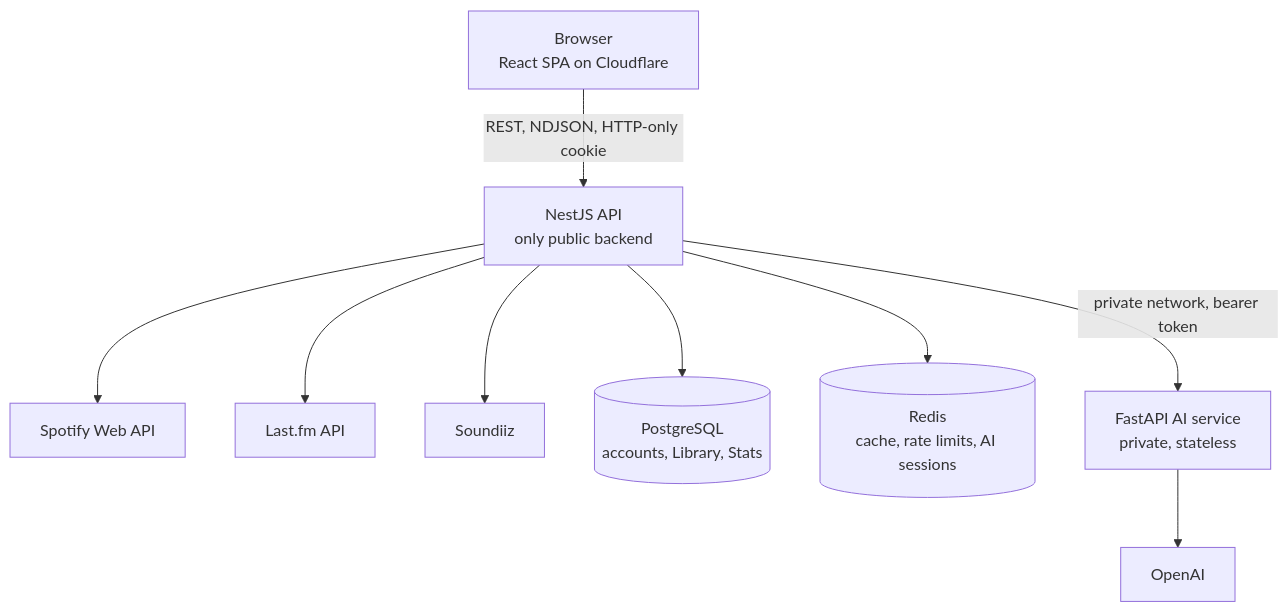
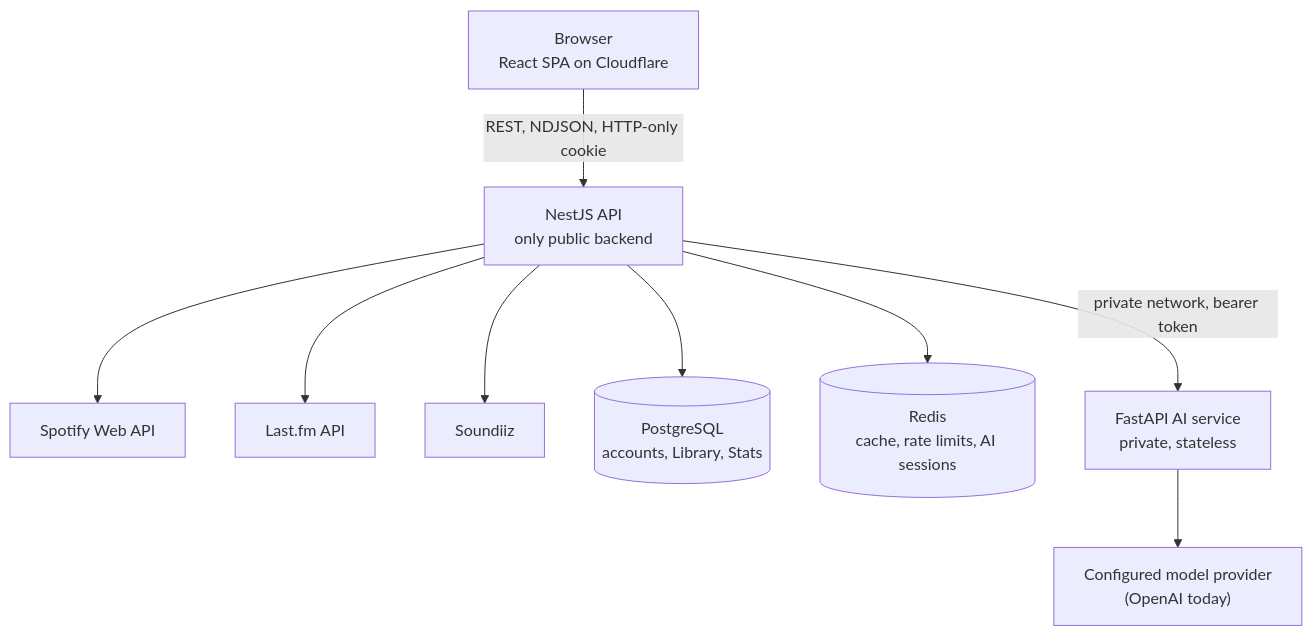
One commit to camilasabino/Blendify changed the diagram in README.md. Above: the diagram before and after it, drawn with Mermaid. The commit also changed other lines of this file and 26 other files, not shown here.

````diff
--- a/README.md
+++ b/README.md
@@ -88,11 +88,11 @@
 ```mermaid
 flowchart TD
     Browser["Browser<br/>React SPA on Cloudflare"] -->|"REST, NDJSON, HTTP-only cookie"| API["NestJS API<br/>only public backend"]
     API --> Spotify["Spotify Web API"]
     API --> LastFm["Last.fm API"]
     API --> Soundiiz["Soundiiz"]
     API --> PG[("PostgreSQL<br/>accounts, Library, Stats")]
     API --> Redis[("Redis<br/>cache, rate limits, AI sessions")]
     API -->|"private network, bearer token"| AI["FastAPI AI service<br/>private, stateless"]
-    AI --> OpenAI["OpenAI"]
+    AI --> Model["Configured model provider<br/>(OpenAI today)"]
 ```
````
